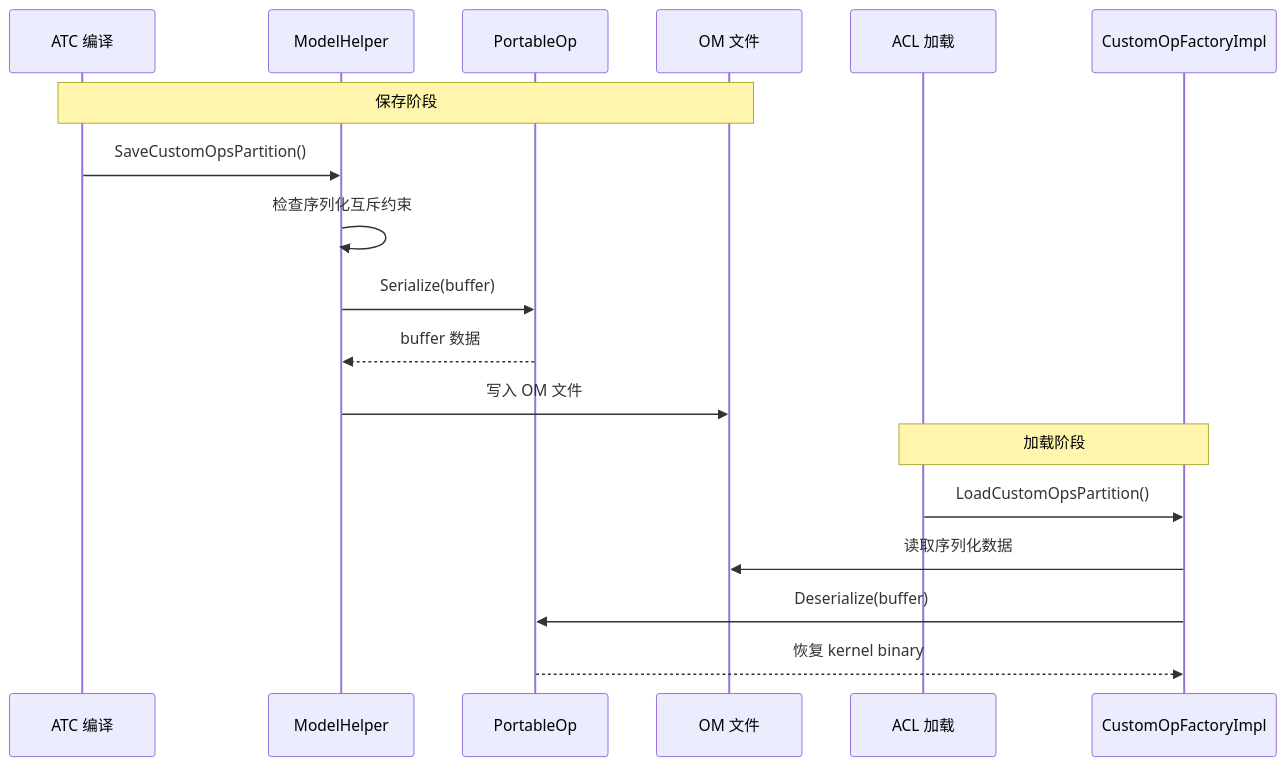
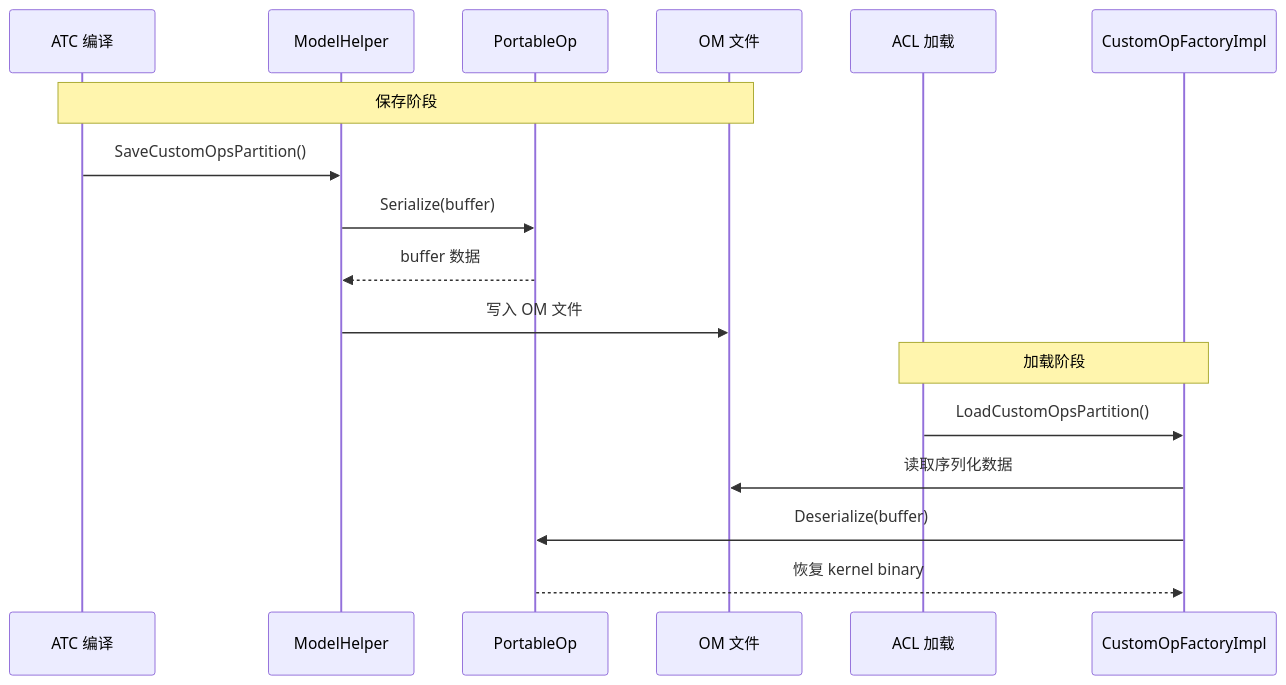
One commit to hicann/ge changed diagram 12 of 15 in docs/zh/user_guides/custom_op/custom_op_v2/custom_op_architecture.md. Above: the diagram before and after it, drawn with Mermaid. The commit also changed other lines of this file and 24 other files, not shown here.

````diff
--- a/docs/zh/user_guides/custom_op/custom_op_v2/custom_op_architecture.md
+++ b/docs/zh/user_guides/custom_op/custom_op_v2/custom_op_architecture.md
@@ -503,22 +503,21 @@
 ```mermaid
 sequenceDiagram
     participant ATC as ATC 编译
     participant Helper as ModelHelper
     participant Op as PortableOp
     participant OM as OM 文件
     participant ACL as ACL 加载
     participant Factory as CustomOpFactoryImpl
 
     Note over ATC,OM: 保存阶段
     ATC->>Helper: SaveCustomOpsPartition()
-    Helper->>Helper: 检查序列化互斥约束
     Helper->>Op: Serialize(buffer)
     Op-->>Helper: buffer 数据
     Helper->>OM: 写入 OM 文件
 
     Note over ACL,Factory: 加载阶段
     ACL->>Factory: LoadCustomOpsPartition()
     Factory->>OM: 读取序列化数据
     Factory->>Op: Deserialize(buffer)
     Op-->>Factory: 恢复 kernel binary
 ```
````
